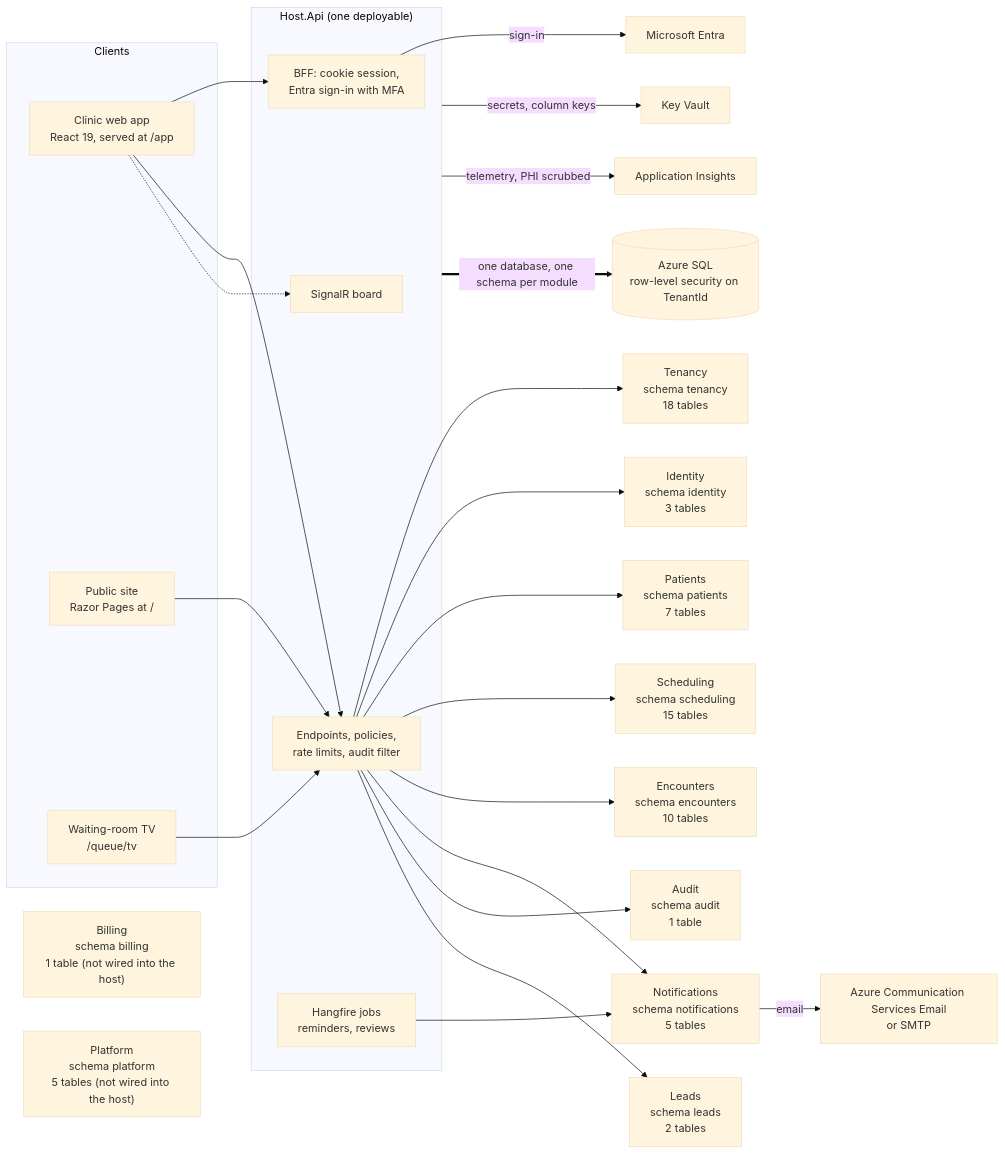
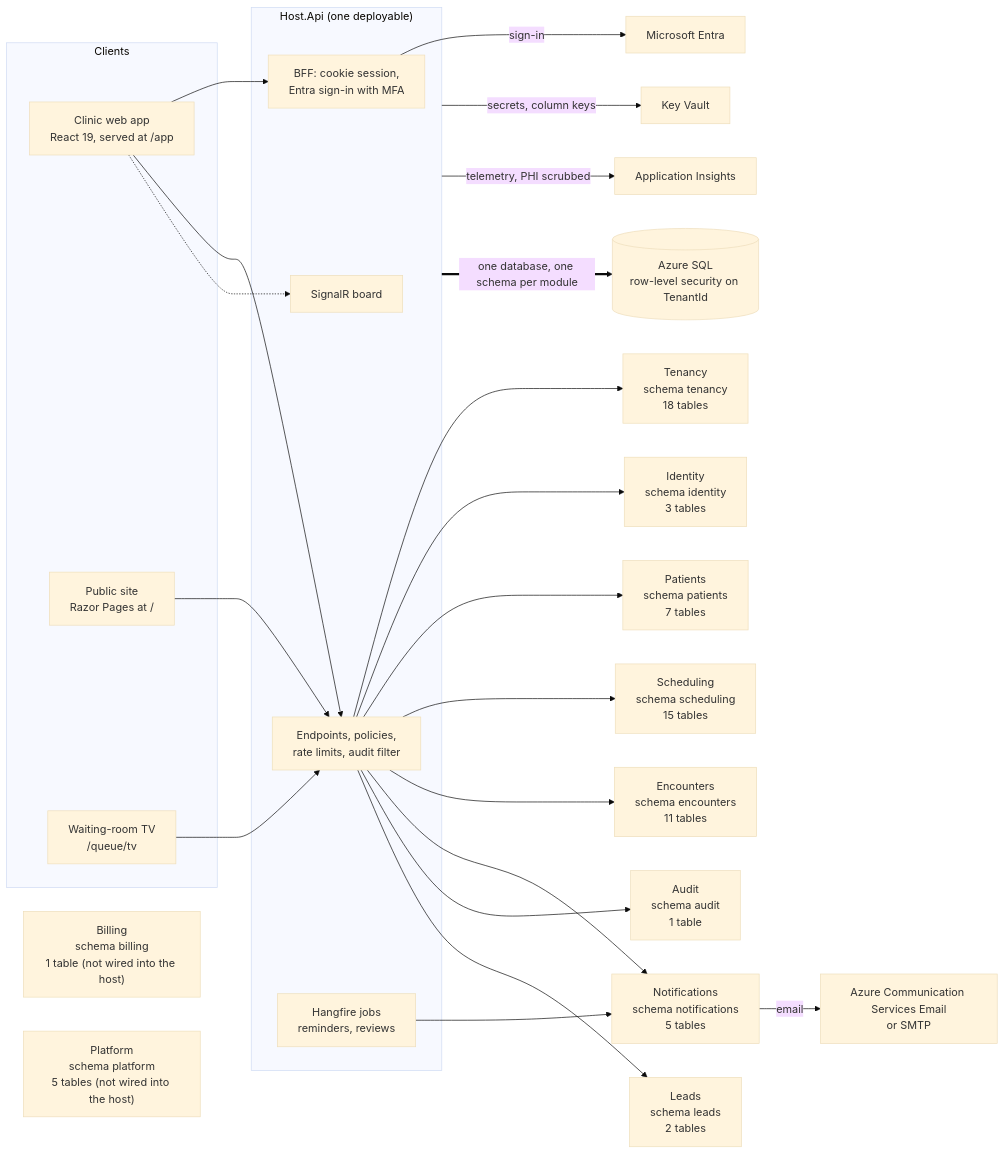
The first of 13 diagrams in docs/03-architecture/erd.md (ALFRED-LUCIFER/medvya), drawn with Mermaid (base theme) before and after one commit. The commit also changed other lines of this file and 20 other files, not shown here.

````diff
--- a/docs/03-architecture/erd.md
+++ b/docs/03-architecture/erd.md
@@ -15,35 +15,35 @@
 ```mermaid
 flowchart LR
   subgraph Clients
     web["Clinic web app<br/>React 19, served at /app"]
     site["Public site<br/>Razor Pages at /"]
     tv["Waiting-room TV<br/>/queue/tv"]
   end
   subgraph Host["Host.Api (one deployable)"]
     bff["BFF: cookie session,<br/>Entra sign-in with MFA"]
     api["Endpoints, policies,<br/>rate limits, audit filter"]
     hub["SignalR board"]
     jobs["Hangfire jobs<br/>reminders, reviews"]
   end
   web --> bff
   web --> api
   web -.-> hub
   tv --> api
   site --> api
   api --> Tenancy["Tenancy<br/>schema tenancy<br/>18 tables"]
   api --> Identity["Identity<br/>schema identity<br/>3 tables"]
   api --> Patients["Patients<br/>schema patients<br/>7 tables"]
   api --> Scheduling["Scheduling<br/>schema scheduling<br/>15 tables"]
-  api --> Encounters["Encounters<br/>schema encounters<br/>10 tables"]
+  api --> Encounters["Encounters<br/>schema encounters<br/>11 tables"]
   api --> Notifications["Notifications<br/>schema notifications<br/>5 tables"]
   api --> Audit["Audit<br/>schema audit<br/>1 table"]
   api --> Leads["Leads<br/>schema leads<br/>2 tables"]
   Billing["Billing<br/>schema billing<br/>1 table (not wired into the host)"]
   Platform["Platform<br/>schema platform<br/>5 tables (not wired into the host)"]
   jobs --> Notifications
   bff -->|"sign-in"| entra["Microsoft Entra"]
   Notifications -->|"email"| mail["Azure Communication Services Email<br/>or SMTP"]
   Host -->|"secrets, column keys"| kv["Key Vault"]
   Host -->|"telemetry, PHI scrubbed"| ai["Application Insights"]
   Host ==>|"one database, one schema per module"| sql[("Azure SQL<br/>row-level security on TenantId")]
 ```
````
